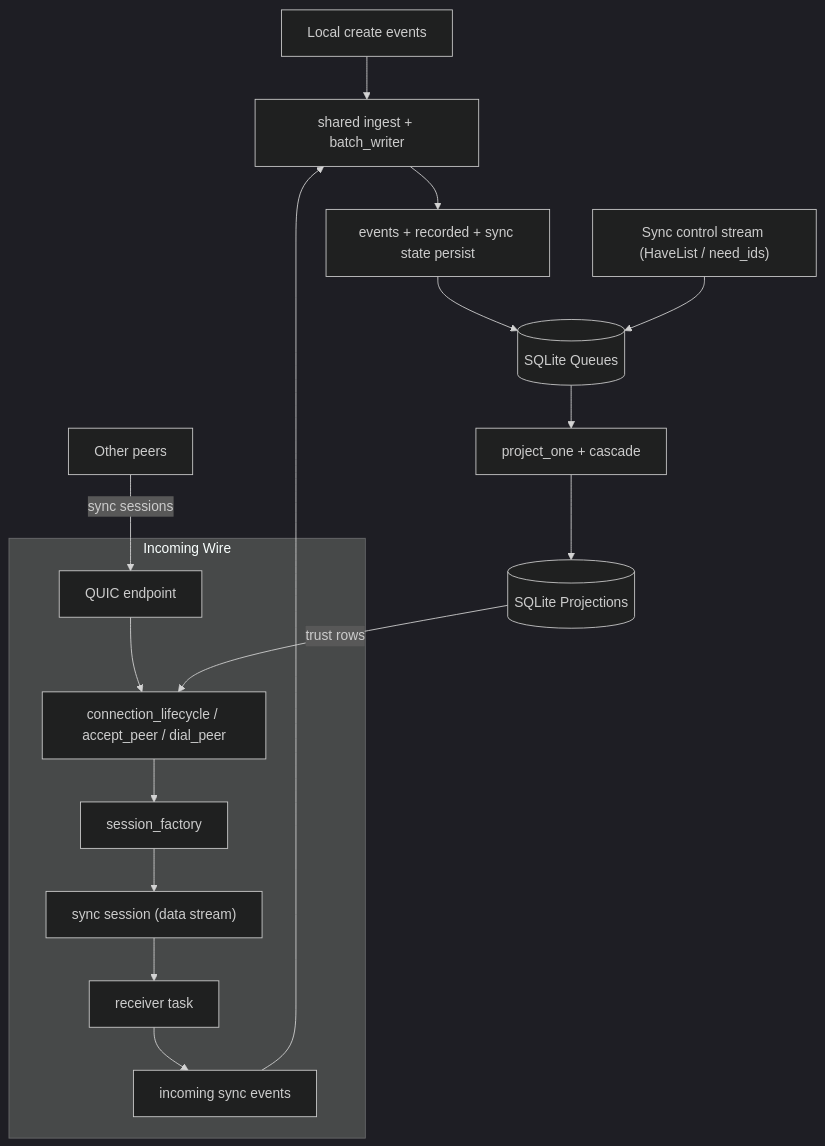
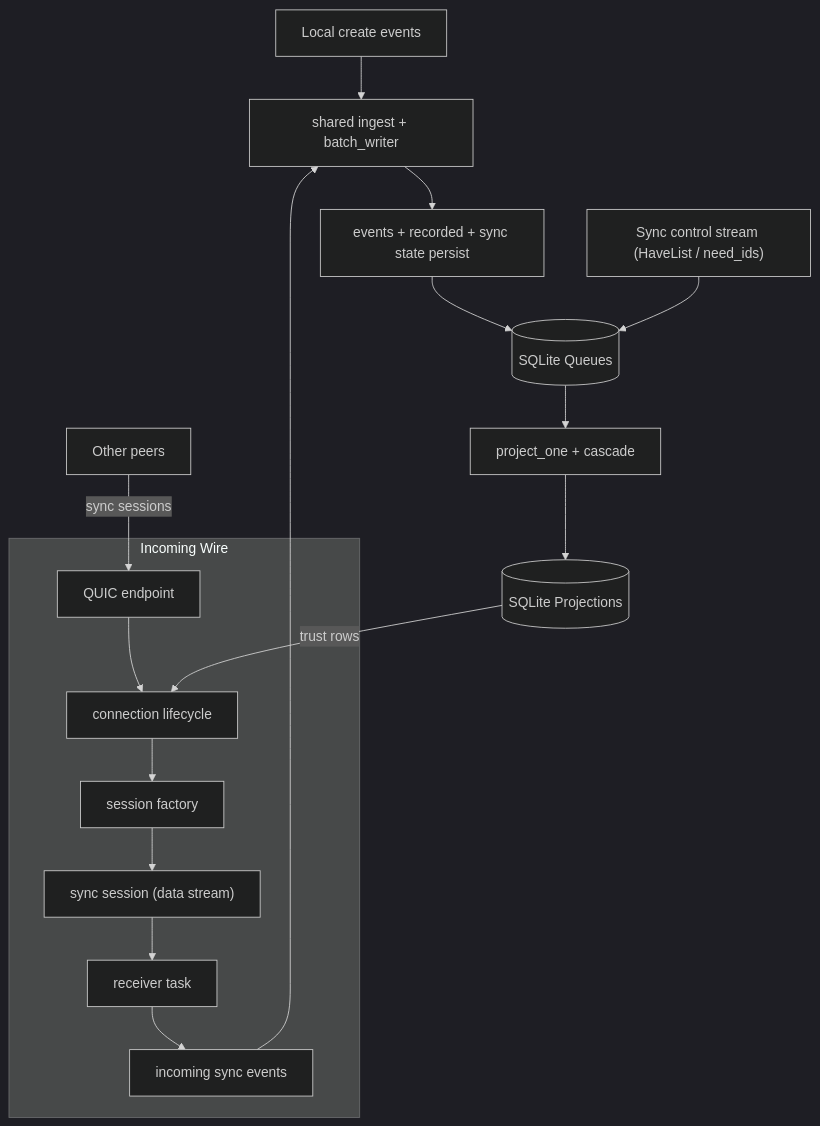
The second of 5 diagrams in docs/CURRENT_RUNTIME_DIAGRAM.md (holmesworcester/topo), drawn with Mermaid (dark theme) before and after one commit. The commit also changed other lines of this file, not shown here.

Commit message:
Simplify runtime diagrams around supervisor-owned flow

````diff
--- a/docs/CURRENT_RUNTIME_DIAGRAM.md
+++ b/docs/CURRENT_RUNTIME_DIAGRAM.md
@@ -39,22 +39,22 @@
 ```mermaid
 flowchart TD
     LOCAL["Local create events"] --> INGEST["shared ingest + batch_writer"]
     OTHERS["Other peers"] -->|"sync sessions"| EP
 
     subgraph NET["Incoming Wire"]
-      EP["QUIC endpoint"] --> LIFE["connection_lifecycle / accept_peer / dial_peer"]
-      LIFE --> FACT["session_factory"]
+      EP["QUIC endpoint"] --> LIFE["connection lifecycle"]
+      LIFE --> FACT["session factory"]
       FACT --> SESS["sync session (data stream)"]
       SESS --> RECV["receiver task"]
       RECV --> INCOMING["incoming sync events"]
     end
 
     INCOMING --> INGEST
     INGEST --> STORE["events + recorded + sync state persist"]
     STORE --> QDB[("SQLite Queues")]
     QDB --> APPLY["project_one + cascade"]
     APPLY --> PDB[("SQLite Projections")]
 
     CTRL["Sync control stream (HaveList / need_ids)"] --> QDB
     PDB -->|trust rows| LIFE
 ```
````
